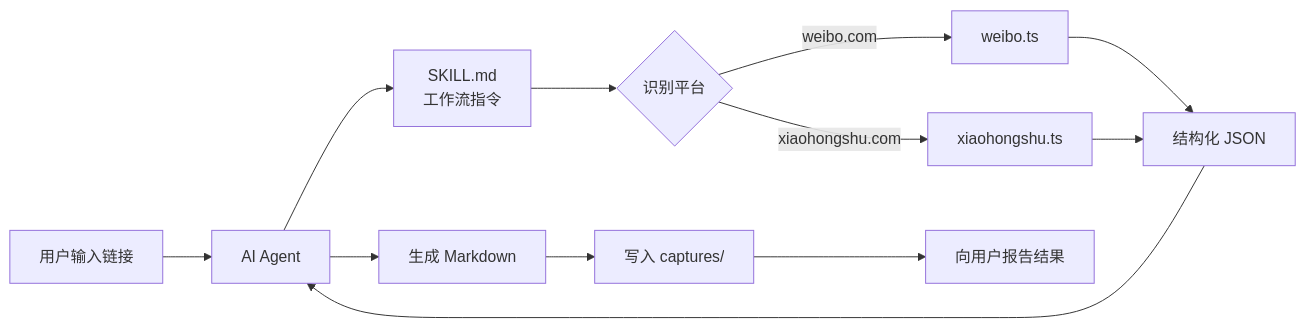
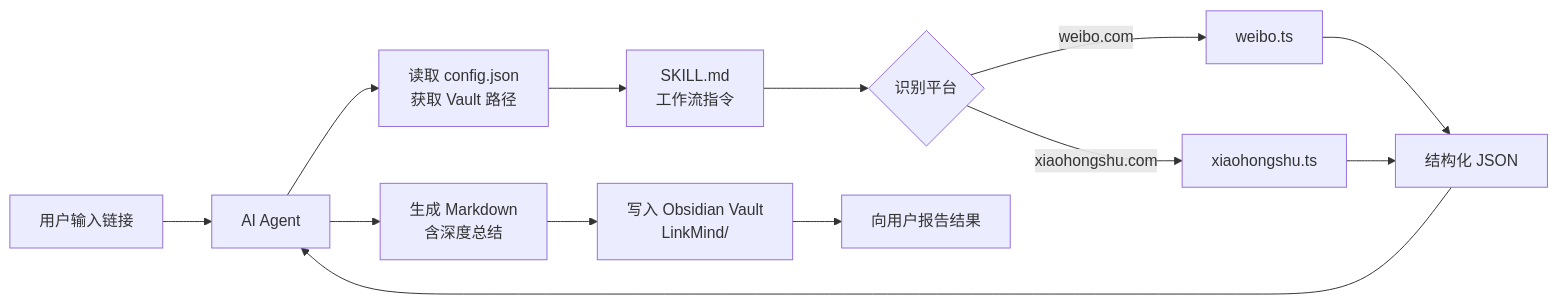
The first of 4 diagrams in docs/ARCH.md (tt-bltn/LinkMind), drawn with Mermaid before and after one commit. The commit also changed other lines of this file and 9 other files, not shown here.

````diff
--- a/docs/ARCH.md
+++ b/docs/ARCH.md
@@ -8,14 +9,15 @@
 ```mermaid
 flowchart LR
     User["用户输入链接"] --> Agent["AI Agent"]
-    Agent --> Skill["SKILL.md<br/>工作流指令"]
+    Agent --> Config["读取 config.json<br/>获取 Vault 路径"]
+    Config --> Skill["SKILL.md<br/>工作流指令"]
     Skill --> Dispatch{"识别平台"}
     Dispatch -->|weibo.com| WeiboHandler["weibo.ts"]
     Dispatch -->|xiaohongshu.com| XhsHandler["xiaohongshu.ts"]
     WeiboHandler --> JSON["结构化 JSON"]
     XhsHandler --> JSON
     JSON --> Agent
-    Agent --> Markdown["生成 Markdown"]
-    Markdown --> File["写入 captures/"]
+    Agent --> Markdown["生成 Markdown<br/>含深度总结"]
+    Markdown --> File["写入 Obsidian Vault<br/>LinkMind/"]
     File --> Report["向用户报告结果"]
 ```
````
